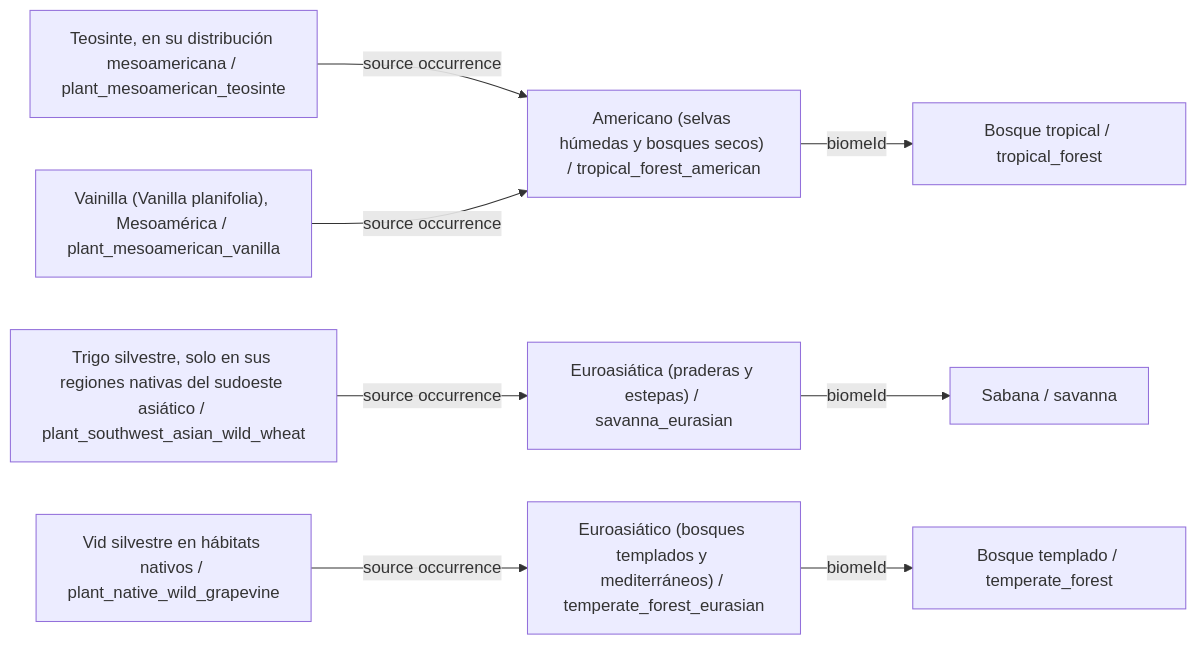
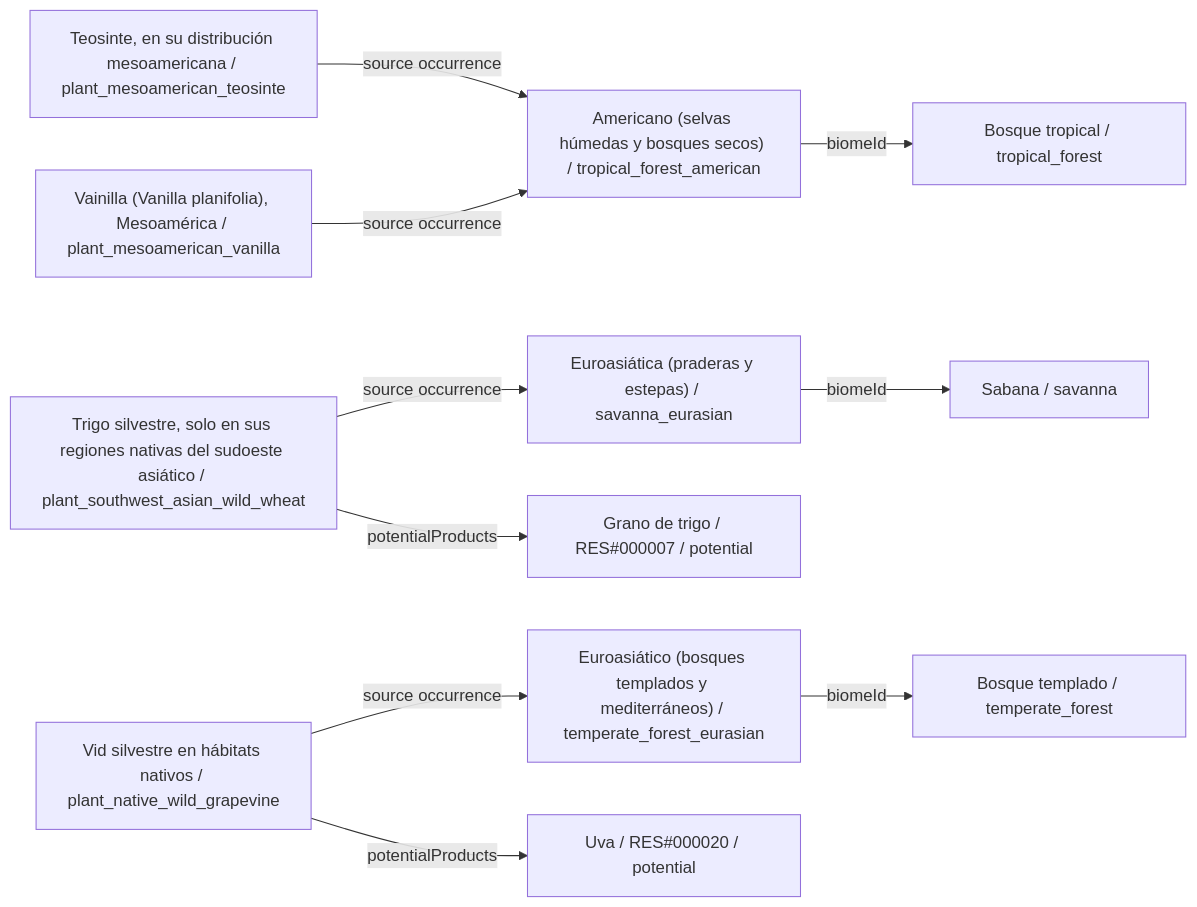
Before and after one commit to fgabo404/EvolveDoc: diagram 31 of 39 in data/plants/DIAGRAMS.es.md, drawn with Mermaid. The commit also changed other lines of this file and 50 other files, not shown here.

````diff
--- a/data/plants/DIAGRAMS.es.md
+++ b/data/plants/DIAGRAMS.es.md
@@ -893,20 +927,24 @@
 ```mermaid
 flowchart LR
     c0["Teosinte, en su distribución mesoamericana / plant_mesoamerican_teosinte"]
     v0["Americano (selvas húmedas y bosques secos) / tropical_forest_american"]
     b0["Bosque tropical / tropical_forest"]
     c1["Trigo silvestre, solo en sus regiones nativas del sudoeste asiático / plant_southwest_asian_wild_wheat"]
     v13["Euroasiática (praderas y estepas) / savanna_eurasian"]
     b3["Sabana / savanna"]
+    o1_0["Grano de trigo / RES#000007 / potential"]
     c2["Vainilla (Vanilla planifolia), Mesoamérica / plant_mesoamerican_vanilla"]
     c3["Vid silvestre en hábitats nativos / plant_native_wild_grapevine"]
     v4["Euroasiático (bosques templados y mediterráneos) / temperate_forest_eurasian"]
     b1["Bosque templado / temperate_forest"]
+    o3_0["Uva / RES#000020 / potential"]
     c0 -->|source occurrence| v0
+    c1 -->|potentialProducts| o1_0
     c1 -->|source occurrence| v13
     c2 -->|source occurrence| v0
+    c3 -->|potentialProducts| o3_0
     c3 -->|source occurrence| v4
     v0 -->|biomeId| b0
     v13 -->|biomeId| b3
     v4 -->|biomeId| b1
 ```
````
